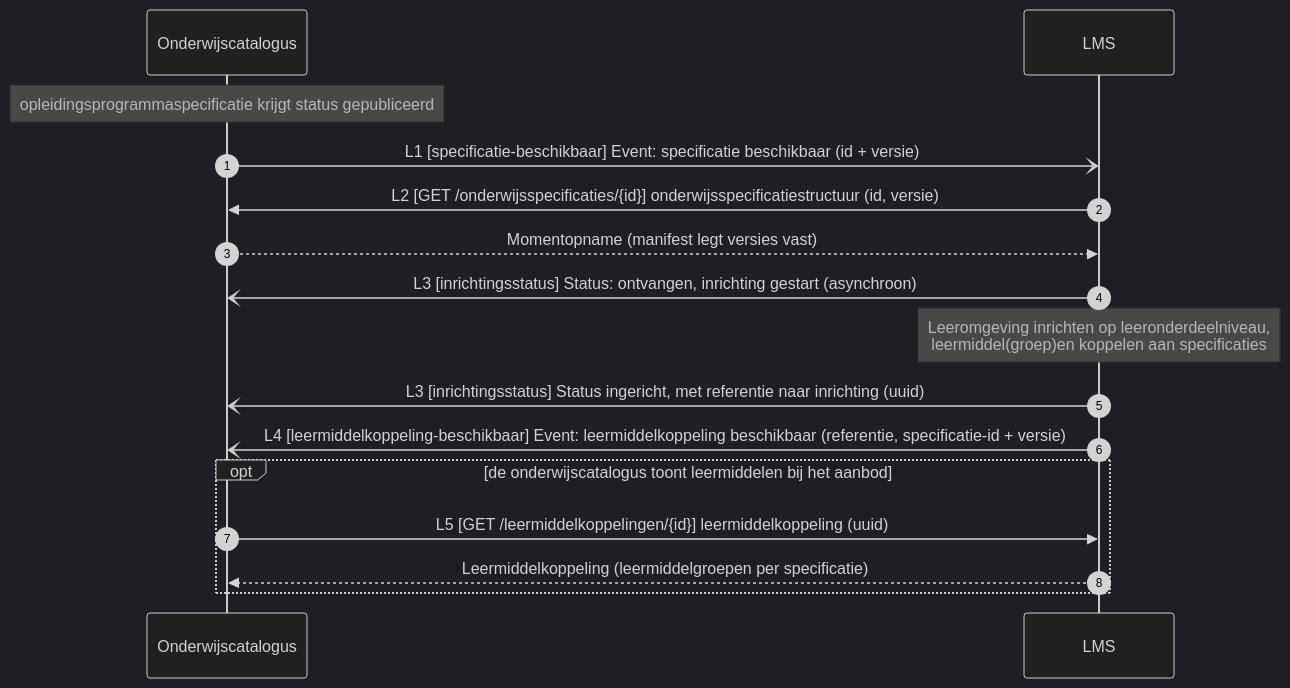
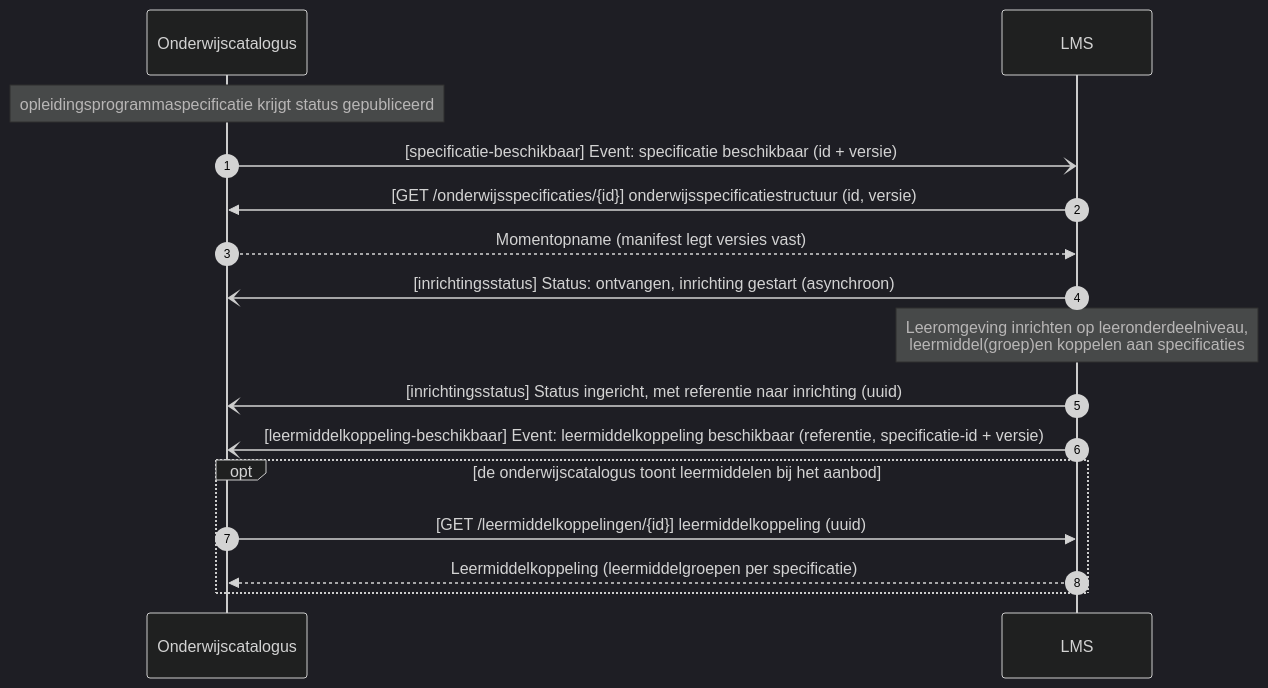
Before and after one commit to Npuls-OKx/Public: the second of 3 diagrams in Koppelvlakspecificaties/Koppelingspecificaties/onderwijscatalogus-leermanagementsysteem.md, drawn with Mermaid (dark theme). The commit also changed other lines of this file and 5 other files, not shown here.

````diff
--- a/Koppelvlakspecificaties/Koppelingspecificaties/onderwijscatalogus-leermanagementsysteem.md
+++ b/Koppelvlakspecificaties/Koppelingspecificaties/onderwijscatalogus-leermanagementsysteem.md
@@ -96,19 +77,19 @@
 ```mermaid
 sequenceDiagram
     autonumber
     participant Onderwijscatalogus
     participant LMS
 
     Note over Onderwijscatalogus: opleidingsprogrammaspecificatie krijgt status gepubliceerd
-    Onderwijscatalogus-)LMS: L1 [specificatie-beschikbaar] Event: specificatie beschikbaar (id + versie)
-    LMS->>Onderwijscatalogus: L2 [GET /onderwijsspecificaties/{id}] onderwijsspecificatiestructuur (id, versie)
+    Onderwijscatalogus-)LMS: [specificatie-beschikbaar] Event: specificatie beschikbaar (id + versie)
+    LMS->>Onderwijscatalogus: [GET /onderwijsspecificaties/{id}] onderwijsspecificatiestructuur (id, versie)
     Onderwijscatalogus-->>LMS: Momentopname (manifest legt versies vast)
-    LMS-)Onderwijscatalogus: L3 [inrichtingsstatus] Status: ontvangen, inrichting gestart (asynchroon)
+    LMS-)Onderwijscatalogus: [inrichtingsstatus] Status: ontvangen, inrichting gestart (asynchroon)
     Note over LMS: Leeromgeving inrichten op leeronderdeelniveau,<br/>leermiddel(groep)en koppelen aan specificaties
-    LMS-)Onderwijscatalogus: L3 [inrichtingsstatus] Status ingericht, met referentie naar inrichting (uuid)
-    LMS-)Onderwijscatalogus: L4 [leermiddelkoppeling-beschikbaar] Event: leermiddelkoppeling beschikbaar (referentie, specificatie-id + versie)
+    LMS-)Onderwijscatalogus: [inrichtingsstatus] Status ingericht, met referentie naar inrichting (uuid)
+    LMS-)Onderwijscatalogus: [leermiddelkoppeling-beschikbaar] Event: leermiddelkoppeling beschikbaar (referentie, specificatie-id + versie)
     opt de onderwijscatalogus toont leermiddelen bij het aanbod
-        Onderwijscatalogus->>LMS: L5 [GET /leermiddelkoppelingen/{id}] leermiddelkoppeling (uuid)
+        Onderwijscatalogus->>LMS: [GET /leermiddelkoppelingen/{id}] leermiddelkoppeling (uuid)
         LMS-->>Onderwijscatalogus: Leermiddelkoppeling (leermiddelgroepen per specificatie)
     end
 ```
````
